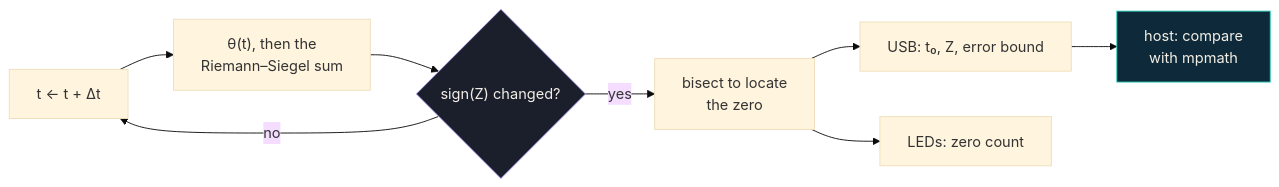
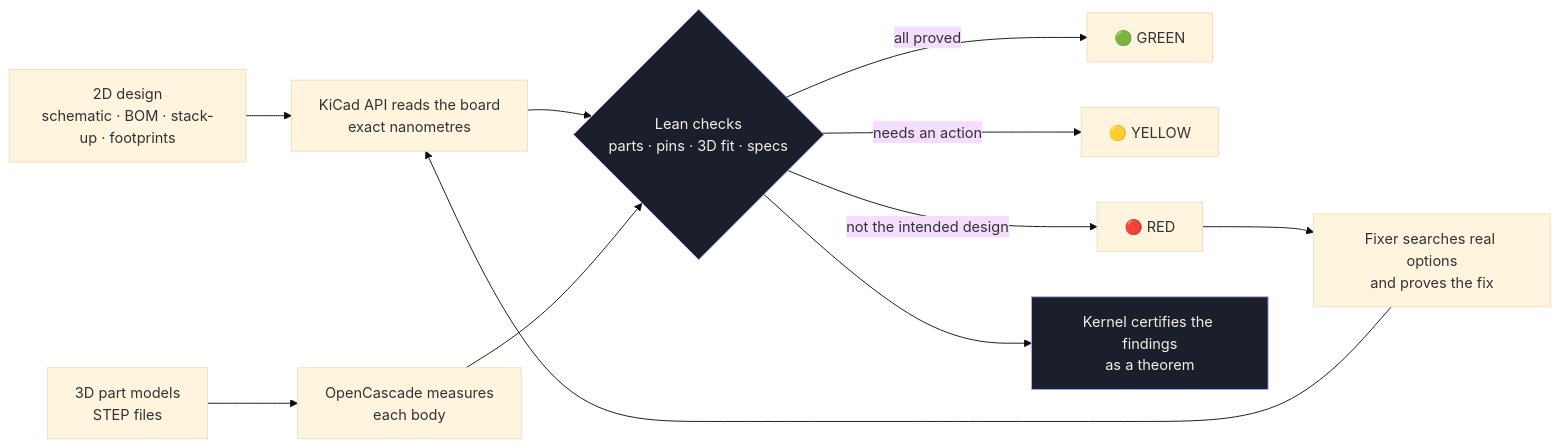
One commit to hrahman12/SierraThon---LeanChip changed the diagram in README.md. Above: the diagram before and after it, drawn with Mermaid (base theme). The commit also changed other lines of this file and 235 other files, not shown here.

````diff
--- a/README.md
+++ b/README.md
@@ -55,12 +79,15 @@
 ```mermaid
 flowchart LR
-    A["t ← t + Δt"] --> B["θ(t), then the<br/>Riemann–Siegel sum"]
-    B --> C{"sign(Z) changed?"}
-    C -- no --> A
-    C -- yes --> D["bisect to locate<br/>the zero"]
-    D --> E["USB: t₀, Z, error bound"]
-    D --> F["LEDs: zero count"]
-    E --> G["host: compare<br/>with mpmath"]
-    style C fill:#1A1F2B,stroke:#B9A7FF,color:#F3EFE6
-    style G fill:#0E2A3A,stroke:#2DD4BF,color:#F3EFE6
+    A["2D design<br/>schematic · BOM · stack-up · footprints"] --> B["KiCad API reads the board<br/>exact nanometres"]
+    M["3D part models<br/>STEP files"] --> C["OpenCascade measures<br/>each body"]
+    B --> L{"Lean checks<br/>parts · pins · 3D fit · specs"}
+    C --> L
+    L -->|"all proved"| G["🟢 GREEN"]
+    L -->|"needs an action"| Y["🟡 YELLOW"]
+    L -->|"not the intended design"| R["🔴 RED"]
+    L --> K["Kernel certifies the findings<br/>as a theorem"]
+    R --> F["Fixer searches real options<br/>and proves the fix"]
+    F --> B
+    style L fill:#1A1F2B,stroke:#B9A7FF,color:#F3EFE6
+    style K fill:#1A1F2B,stroke:#B9A7FF,color:#F3EFE6
 ```
````
